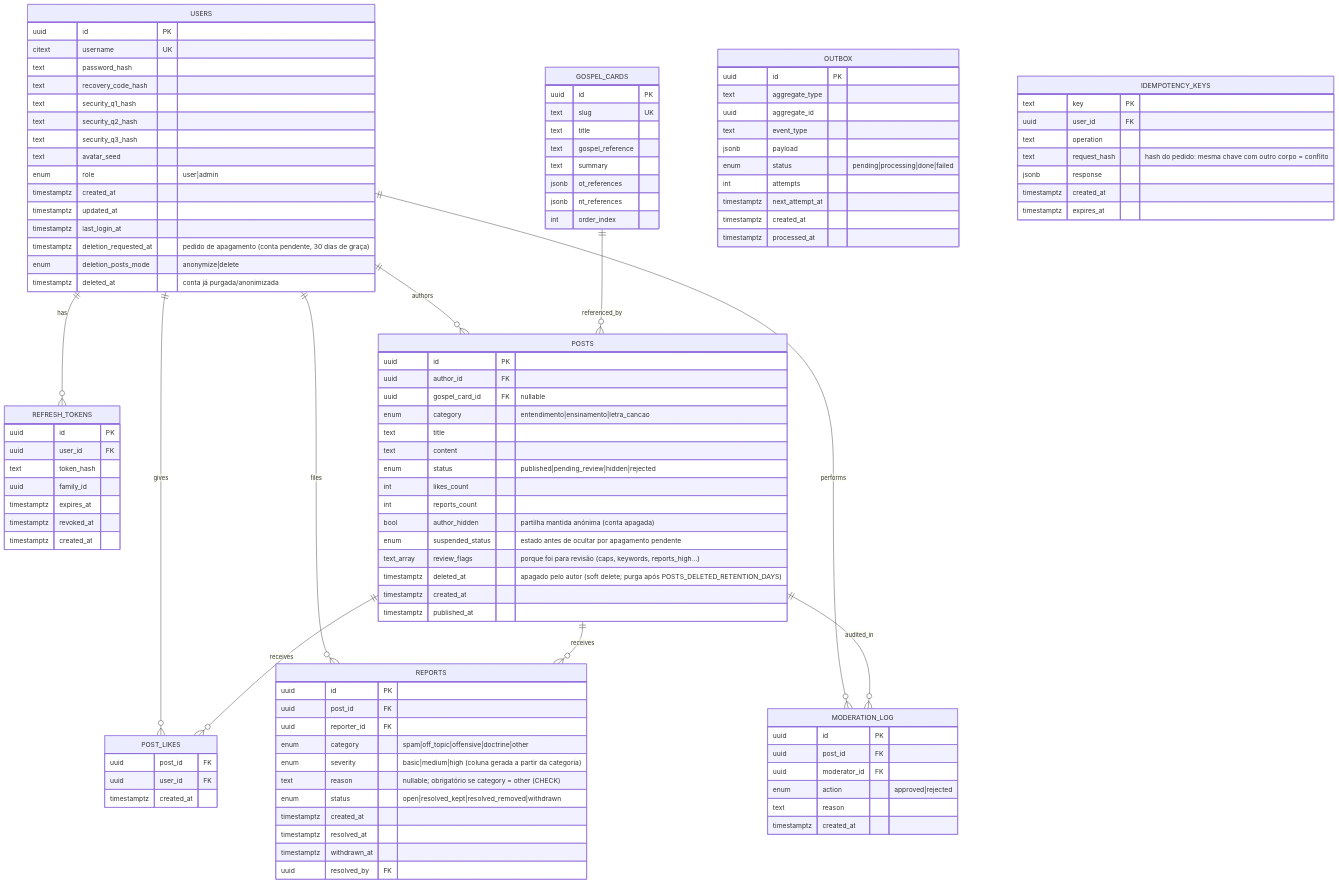
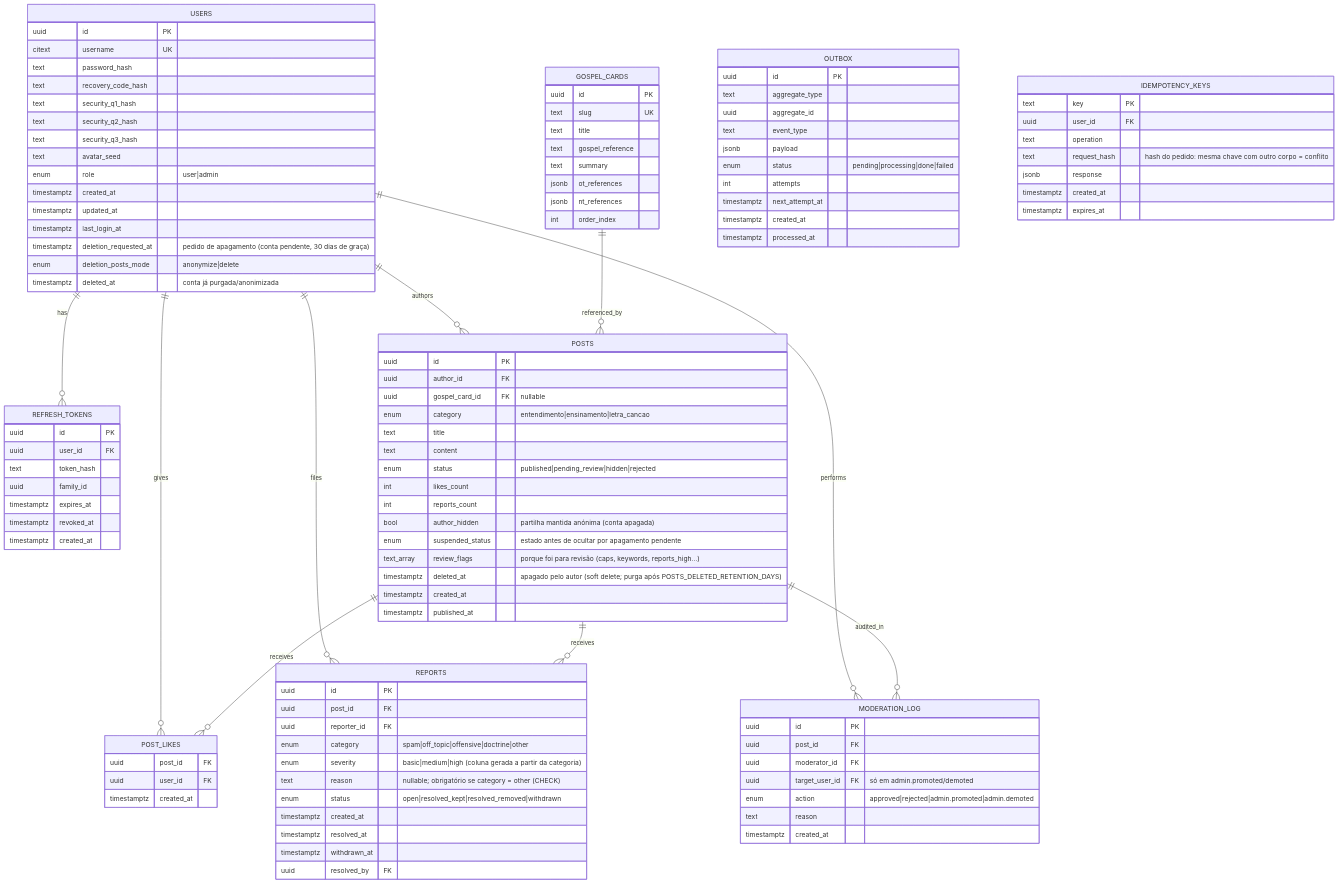
Before and after one commit to comunidadade-crista-developer/comunidadecrista-monorepo: the third of 6 diagrams in docs/Arquitectura/arquitectura.md, drawn with Mermaid. The commit also changed other lines of this file and 5 other files, not shown here.

```diff
--- a/docs/Arquitectura/arquitectura.md
+++ b/docs/Arquitectura/arquitectura.md
@@ -219,7 +219,8 @@
     uuid id PK
     uuid post_id FK
     uuid moderator_id FK
-    enum action "approved|rejected"
+    uuid target_user_id FK "só em admin.promoted/demoted"
+    enum action "approved|rejected|admin.promoted|admin.demoted"
     text reason
     timestamptz created_at
   }
```
